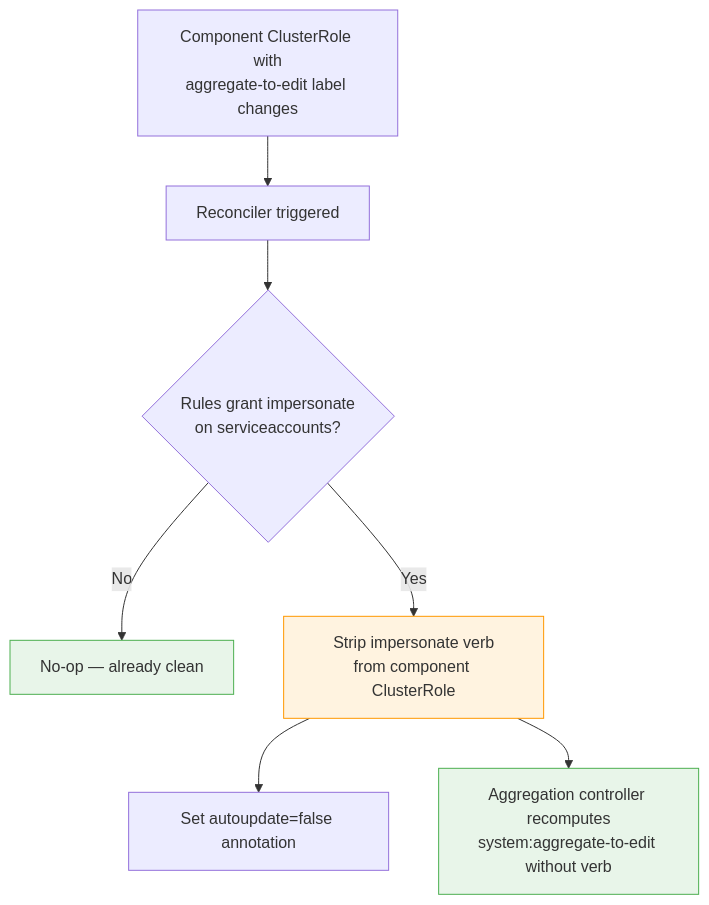
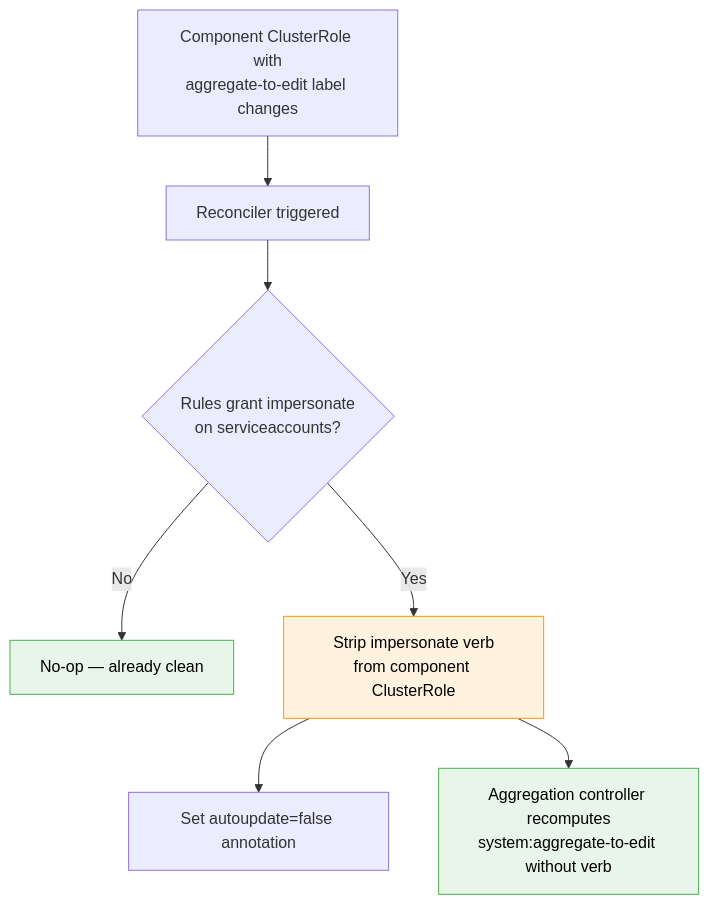
Before and after one commit to opendatahub-io/operator-rbac-toolkit: the diagram in site/docs/architecture/impersonation-guard.md, drawn with Mermaid. The commit also changed 9 other files, not shown here.

First line of the commit message:
fix(site): add explicit dark text color to all mermaid diagrams

````diff
--- a/site/docs/architecture/impersonation-guard.md
+++ b/site/docs/architecture/impersonation-guard.md
@@ -13,13 +13,13 @@
 ```mermaid
 flowchart TD
     A[Component ClusterRole with\naggregate-to-edit label changes] --> B[Reconciler triggered]
     B --> C{Rules grant impersonate\non serviceaccounts?}
     C -- No --> D[No-op — already clean]
     C -- Yes --> E[Strip impersonate verb\nfrom component ClusterRole]
     E --> F["Set autoupdate=false annotation"]
     E --> G[Aggregation controller recomputes\nsystem:aggregate-to-edit without verb]
     
-    style D fill:#e8f5e9,stroke:#4CAF50
-    style E fill:#fff3e0,stroke:#FF9800
-    style G fill:#e8f5e9,stroke:#4CAF50
+    style D fill:#e8f5e9,stroke:#4CAF50,color:#000
+    style E fill:#fff3e0,stroke:#FF9800,color:#000
+    style G fill:#e8f5e9,stroke:#4CAF50,color:#000
 ```
````
